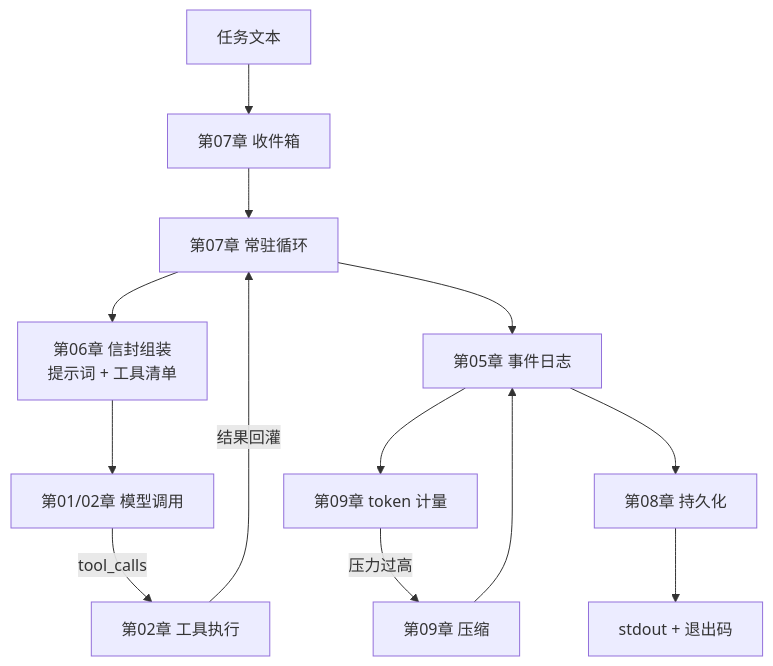
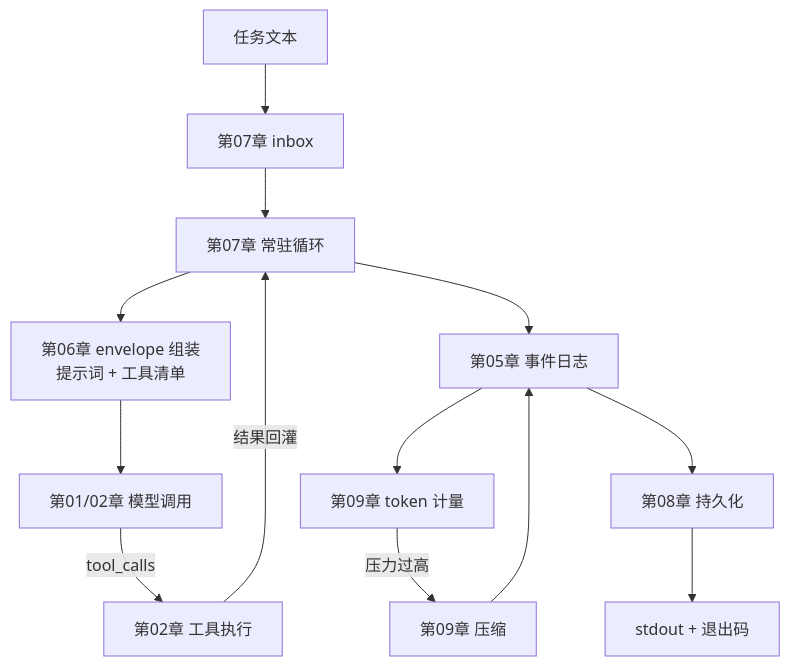
One commit to warmsum/mini-harness changed the diagram in chapters/17-headless-capstone/README.md. Above: the diagram before and after it, drawn with Mermaid. The commit also changed other lines of this file and 52 other files, not shown here.

````diff
--- a/chapters/17-headless-capstone/README.md
+++ b/chapters/17-headless-capstone/README.md
@@ -125,15 +128,15 @@
 ```mermaid
 flowchart TB
-    TASK[任务文本] --> INBOX[第07章 收件箱]
+    TASK[任务文本] --> INBOX[第07章 inbox]
     INBOX --> LOOP[第07章 常驻循环]
-    LOOP --> ENV[第06章 信封组装<br>提示词 + 工具清单]
+    LOOP --> ENV[第06章 envelope 组装<br>提示词 + 工具清单]
     ENV --> CALL[第01/02章 模型调用]
     CALL -->|tool_calls| TOOLS[第02章 工具执行]
     TOOLS -->|结果回灌| LOOP
     LOOP --> LOG[第05章 事件日志]
     LOG --> METER[第09章 token 计量]
     METER -->|压力过高| COMPACT[第09章 压缩]
     COMPACT --> LOG
     LOG --> PERSIST[第08章 持久化]
     PERSIST --> OUT[stdout + 退出码]
 ```
````
